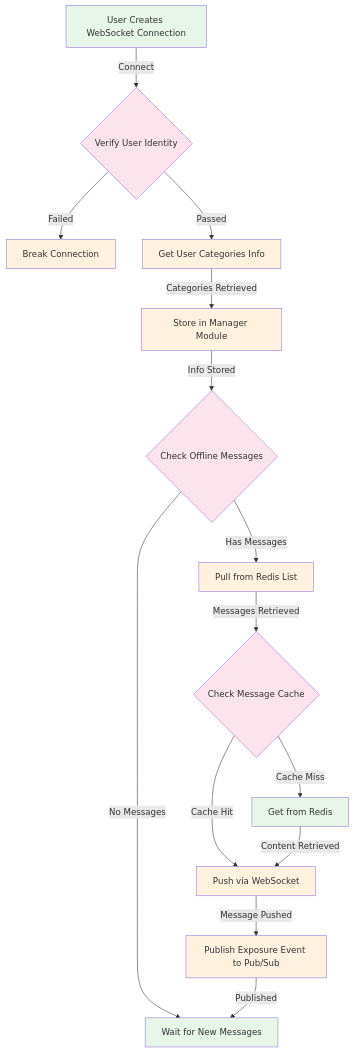
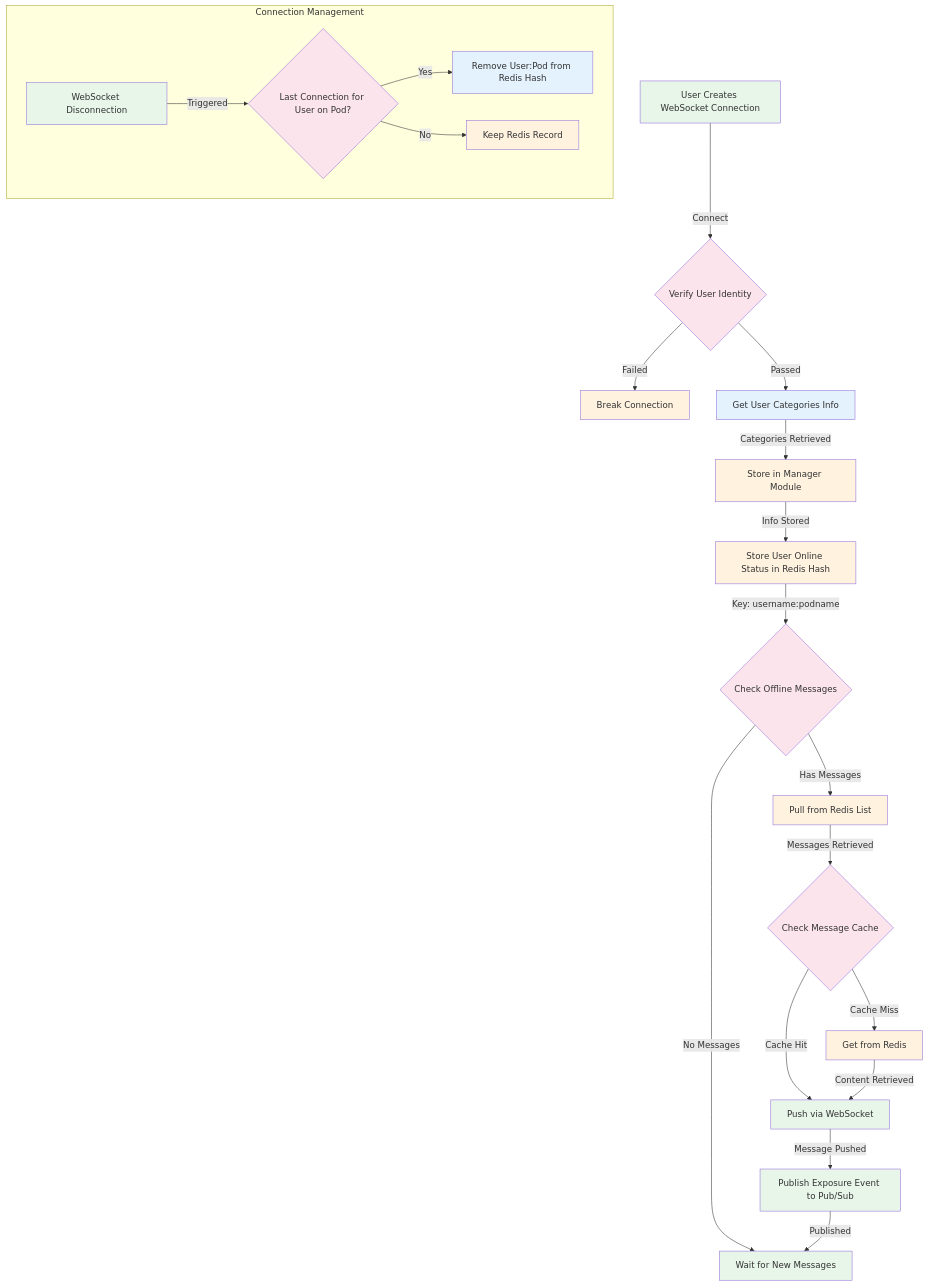
The diagram in message-notification/websocket-flow.md (edfun317/report), drawn with Mermaid before and after one commit. The commit also changed other lines of this file, not shown here.

Commit message:
update flow for websocket-flow

````diff
--- a/message-notification/websocket-flow.md
+++ b/message-notification/websocket-flow.md
@@ -3,34 +3,46 @@
 ```mermaid
 flowchart TD
     A[User Creates WebSocket Connection] -->|Connect| B{Verify User Identity}
     B -->|Failed| C[Break Connection]
     B -->|Passed| D[Get User Categories Info]
     D -->|Categories Retrieved| E[Store in Manager Module]
-    E -->|Info Stored| F{Check Offline Messages}
-    F -->|No Messages| L[Wait for New Messages]
-    F -->|Has Messages| G[Pull from Redis List]
-    G -->|Messages Retrieved| H{Check Message Cache}
-    H -->|Cache Hit| I[Push via WebSocket]
-    H -->|Cache Miss| J[Get from Redis]
-    J -->|Content Retrieved| I
-    I -->|Message Pushed| K[Publish Exposure Event to Pub/Sub]
-    K -->|Published| L
+    E -->|Info Stored| F[Store User Online Status in Redis Hash]
+    F -->|"Key: username:podname"| G{Check Offline Messages}
+    G -->|No Messages| M[Wait for New Messages]
+    G -->|Has Messages| H[Pull from Redis List]
+    H -->|Messages Retrieved| I{Check Message Cache}
+    I -->|Cache Hit| J[Push via WebSocket]
+    I -->|Cache Miss| K[Get from Redis]
+    K -->|Content Retrieved| J
+    J -->|Message Pushed| L[Publish Exposure Event to Pub/Sub]
+    L -->|Published| M
+
+    subgraph Connection Management
+        B1[WebSocket Disconnection] -->|Triggered| C1{Last Connection for User on Pod?}
+        C1 -->|Yes| D1[Remove User:Pod from Redis Hash]
+        C1 -->|No| E1[Keep Redis Record]
+    end
     
     style A fill:#E8F5E9
     style B fill:#FCE4EC
     style C fill:#FFF3E0
-    style D fill:#FFF3E0
+    style D fill:#E3F2FD
     style E fill:#FFF3E0
-    style F fill:#FCE4EC
-    style G fill:#FFF3E0
-    style H fill:#FCE4EC
-    style I fill:#FFF3E0
+    style F fill:#FFF3E0
+    style G fill:#FCE4EC
+    style H fill:#FFF3E0
+    style I fill:#FCE4EC
     style J fill:#E8F5E9
     style K fill:#FFF3E0
     style L fill:#E8F5E9
+    style M fill:#E8F5E9
+    style B1 fill:#E8F5E9
+    style C1 fill:#FCE4EC
+    style D1 fill:#E3F2FD
+    style E1 fill:#FFF3E0
 
 classDef decision fill:#FCE4EC,stroke:#333,stroke-width:2px;
 classDef process fill:#FFF3E0,stroke:#333,stroke-width:2px;
 classDef storage fill:#E3F2FD,stroke:#333,stroke-width:2px;
 classDef io fill:#E8F5E9,stroke:#333,stroke-width:2px;
 ```
````
